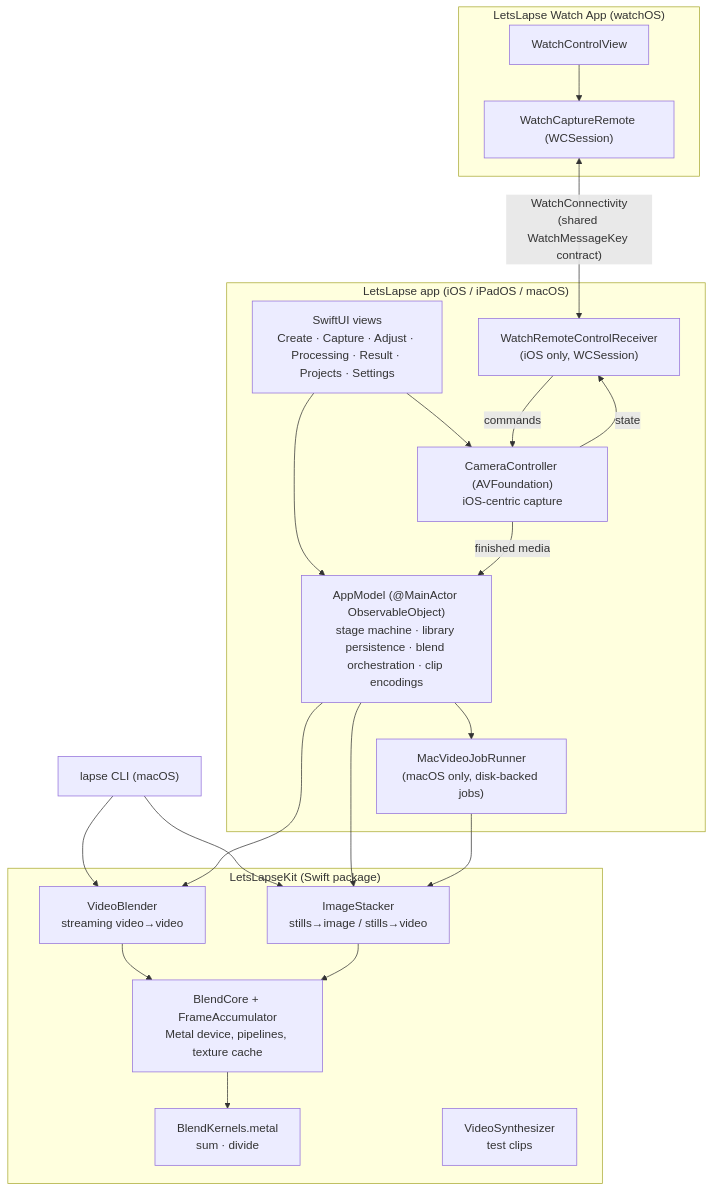
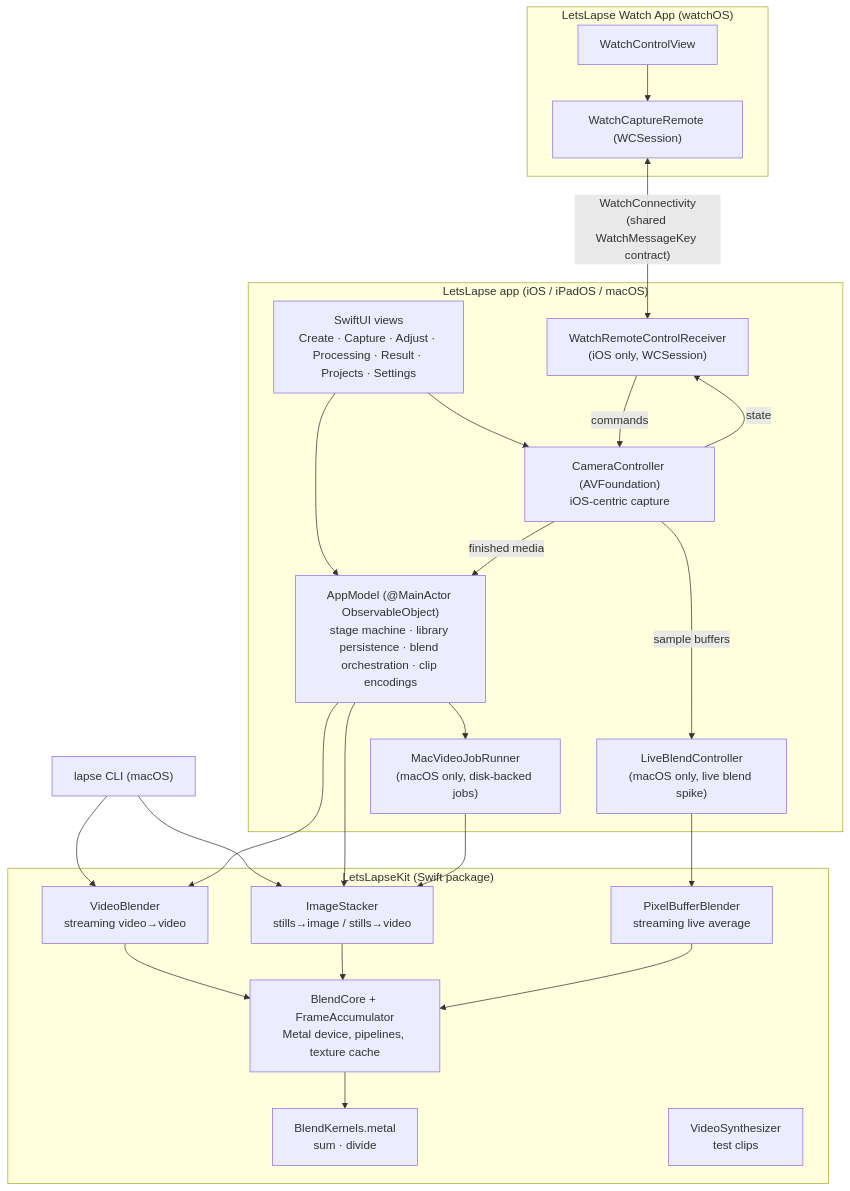
Before and after one commit to regularsteven/letslapse: the first of 3 diagrams in LetsLapse/docs/letslapse-app-overview.md, drawn with Mermaid. The commit also changed other lines of this file, not shown here.

Commit message:
app overview doc updated for the live blend capture spike, covering the new mac capture mode, PixelBufferBlender in Kit, diagnostics and experiment logging, tests and known limits

````diff
--- a/LetsLapse/docs/letslapse-app-overview.md
+++ b/LetsLapse/docs/letslapse-app-overview.md
@@ -98,38 +98,43 @@
 ```mermaid
 flowchart TB
     subgraph WatchTarget["LetsLapse Watch App (watchOS)"]
         WCV["WatchControlView"] --> WCR["WatchCaptureRemote (WCSession)"]
     end
 
     subgraph AppTarget["LetsLapse app (iOS / iPadOS / macOS)"]
         UI["SwiftUI views<br/>Create · Capture · Adjust · Processing · Result · Projects · Settings"]
         AM["AppModel (@MainActor ObservableObject)<br/>stage machine · library persistence · blend orchestration · clip encodings"]
         CC["CameraController (AVFoundation)<br/>iOS-centric capture"]
+        LBC["LiveBlendController<br/>(macOS only, live blend spike)"]
         WRR["WatchRemoteControlReceiver<br/>(iOS only, WCSession)"]
         MJR["MacVideoJobRunner<br/>(macOS only, disk-backed jobs)"]
         UI --> AM
         UI --> CC
         CC -->|finished media| AM
+        CC -->|sample buffers| LBC
         WRR -->|commands| CC
         CC -->|state| WRR
         AM --> MJR
     end
 
     subgraph Kit["LetsLapseKit (Swift package)"]
         VB["VideoBlender<br/>streaming video→video"]
         IS["ImageStacker<br/>stills→image / stills→video"]
         BC["BlendCore + FrameAccumulator<br/>Metal device, pipelines, texture cache"]
         MK["BlendKernels.metal<br/>sum · divide"]
+        PBB["PixelBufferBlender<br/>streaming live average"]
         VS["VideoSynthesizer<br/>test clips"]
         VB --> BC
         IS --> BC
+        PBB --> BC
         BC --> MK
     end
 
     CLI["lapse CLI (macOS)"] --> VB
     CLI --> IS
     AM --> VB
     AM --> IS
     MJR --> IS
+    LBC --> PBB
     WCR <-->|"WatchConnectivity<br/>(shared WatchMessageKey contract)"| WRR
 ```
````
